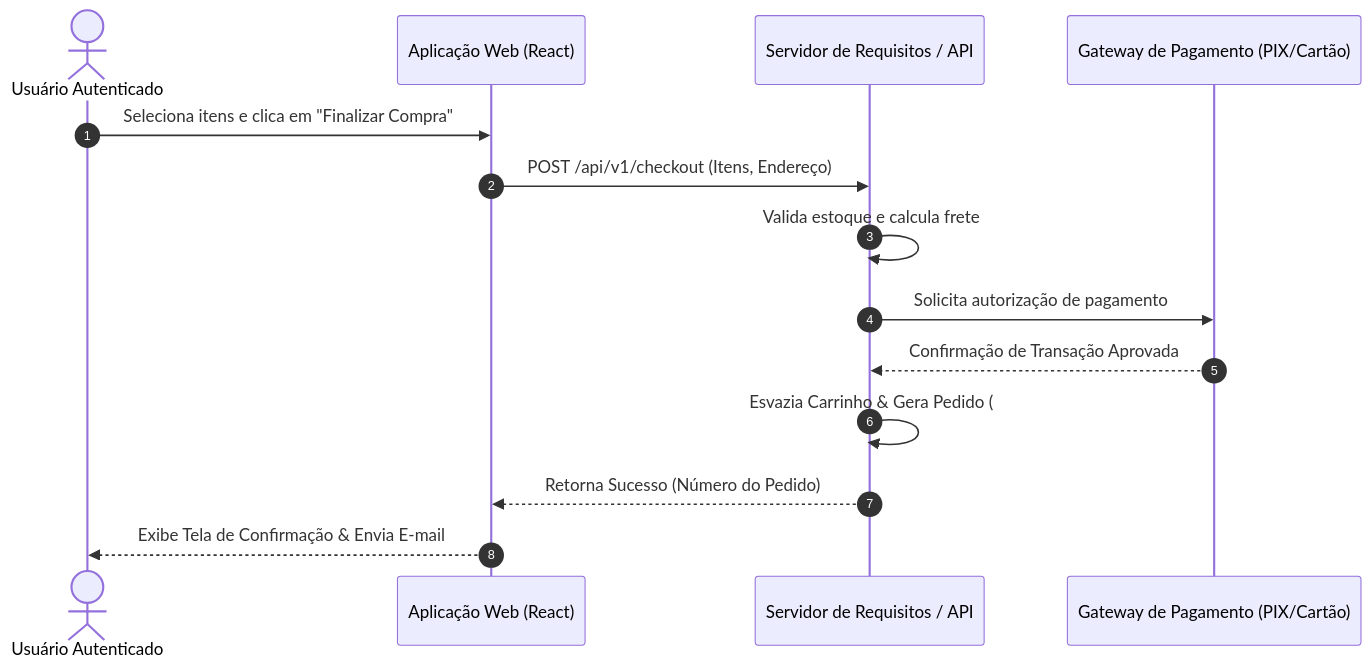
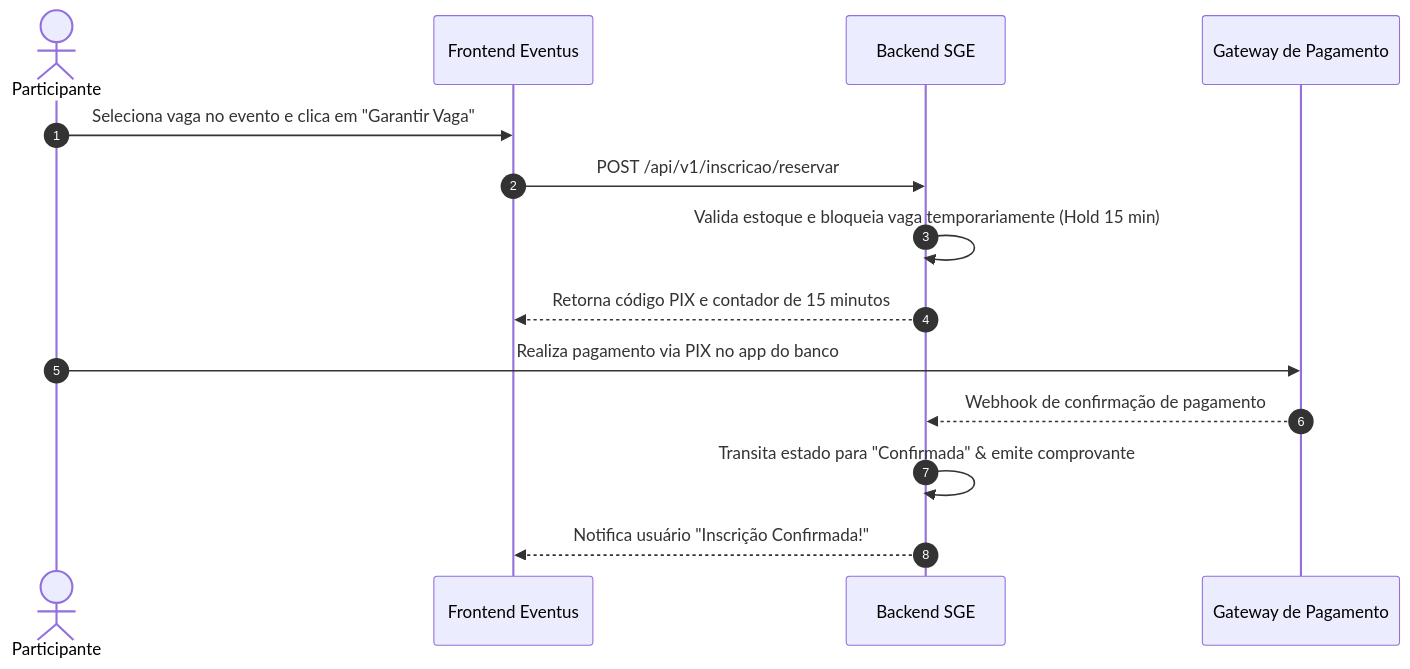
The second of 2 diagrams in artefatos/especificacao.md (worlongabriel-lgtm/ESPT1ESC10), drawn with Mermaid before and after one commit. The commit also changed other lines of this file and 7 other files, not shown here.

Commit message:
feat: reestruturar repositorio para o tema oficial Sistema de Gestao de Eventos (Eventus / SGE)

````diff
--- a/artefatos/especificacao.md
+++ b/artefatos/especificacao.md
@@ -41,17 +44,17 @@
 ```mermaid
 sequenceDiagram
     autonumber
-    actor Cliente as Usuário Autenticado
-    participant Frontend as Aplicação Web (React)
-    participant Backend as Servidor de Requisitos / API
-    participant Gateway as Gateway de Pagamento (PIX/Cartão)
+    actor P as Participante
+    participant S as Frontend Eventus
+    participant B as Backend SGE
+    participant G as Gateway de Pagamento
 
-    Cliente->>Frontend: Seleciona itens e clica em "Finalizar Compra"
-    Frontend->>Backend: POST /api/v1/checkout (Itens, Endereço)
-    Backend->>Backend: Valida estoque e calcula frete
-    Backend->>Gateway: Solicita autorização de pagamento
-    Gateway-->>Backend: Confirmação de Transação Aprovada
-    Backend->>Backend: Esvazia Carrinho & Gera Pedido (#10928)
-    Backend-->>Frontend: Retorna Sucesso (Número do Pedido)
-    Frontend-->>Cliente: Exibe Tela de Confirmação & Envia E-mail
+    P->>S: Seleciona vaga no evento e clica em "Garantir Vaga"
+    S->>B: POST /api/v1/inscricao/reservar
+    B->>B: Valida estoque e bloqueia vaga temporariamente (Hold 15 min)
+    B-->>S: Retorna código PIX e contador de 15 minutos
+    P->>G: Realiza pagamento via PIX no app do banco
+    G-->>B: Webhook de confirmação de pagamento
+    B->>B: Transita estado para "Confirmada" & emite comprovante
+    B-->>S: Notifica usuário "Inscrição Confirmada!"
 ```
````
